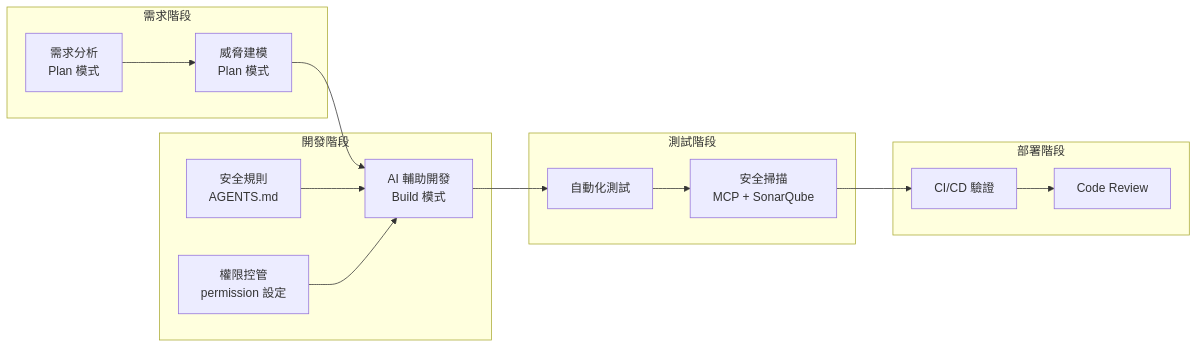
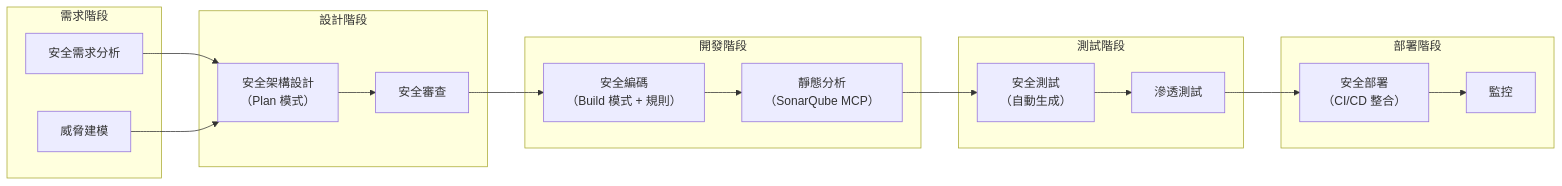
Before and after one commit to chihhung/Blog: diagram 13 of 44 in content/posts/教學/AI開發/opencode生態系教學手冊.md, drawn with Mermaid. The commit also changed other lines of this file and 3 other files, not shown here.

````diff
--- a/content/posts/教學/AI開發/opencode生態系教學手冊.md
+++ b/content/posts/教學/AI開發/opencode生態系教學手冊.md
@@ -1443,28 +2240,37 @@
 ```mermaid
-flowchart LR
+graph LR
     subgraph "需求階段"
-        A1["需求分析<br/>Plan 模式"]
-        A2["威脅建模<br/>Plan 模式"]
+        R1["安全需求分析"]
+        R2["威脅建模"]
+    end
+
+    subgraph "設計階段"
+        D1["安全架構設計<br/>（Plan 模式）"]
+        D2["安全審查"]
     end
 
     subgraph "開發階段"
-        B1["AI 輔助開發<br/>Build 模式"]
-        B2["安全規則<br/>AGENTS.md"]
-        B3["權限控管<br/>permission 設定"]
+        C1["安全編碼<br/>（Build 模式 + 規則）"]
+        C2["靜態分析<br/>（SonarQube MCP）"]
     end
 
     subgraph "測試階段"
-        C1["自動化測試"]
-        C2["安全掃描<br/>MCP + SonarQube"]
+        T1["安全測試<br/>（自動生成）"]
+        T2["滲透測試"]
     end
 
     subgraph "部署階段"
-        D1["CI/CD 驗證"]
-        D2["Code Review"]
+        P1["安全部署<br/>（CI/CD 整合）"]
+        P2["監控"]
     end
 
-    A1 --> A2 --> B1
-    B2 --> B1
-    B3 --> B1
-    B1 --> C1 --> C2 --> D1 --> D2
+    R1 --> D1
+    R2 --> D1
+    D1 --> D2
+    D2 --> C1
+    C1 --> C2
+    C2 --> T1
+    T1 --> T2
+    T2 --> P1
+    P1 --> P2
 ```
````
